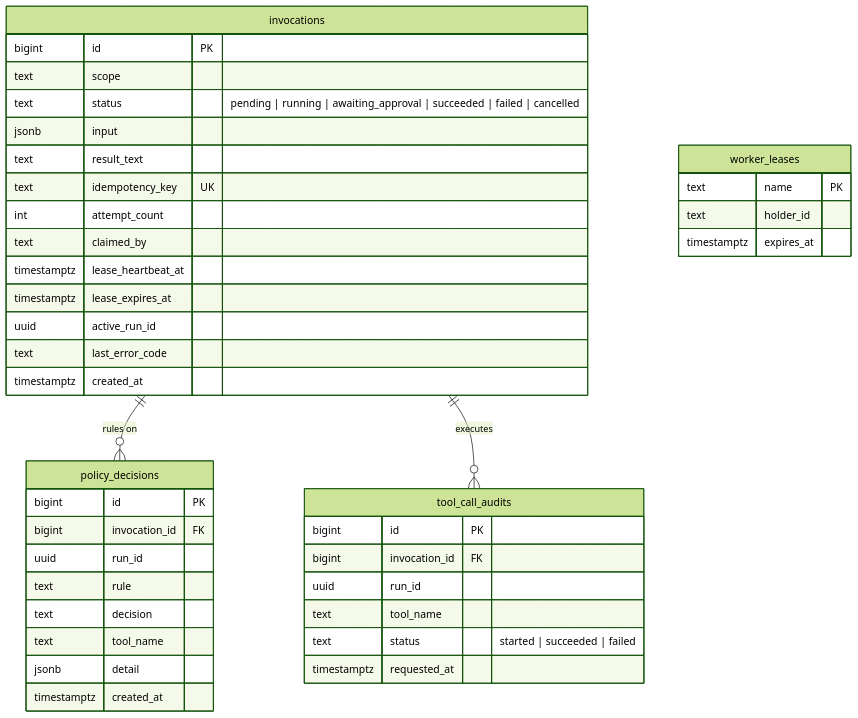
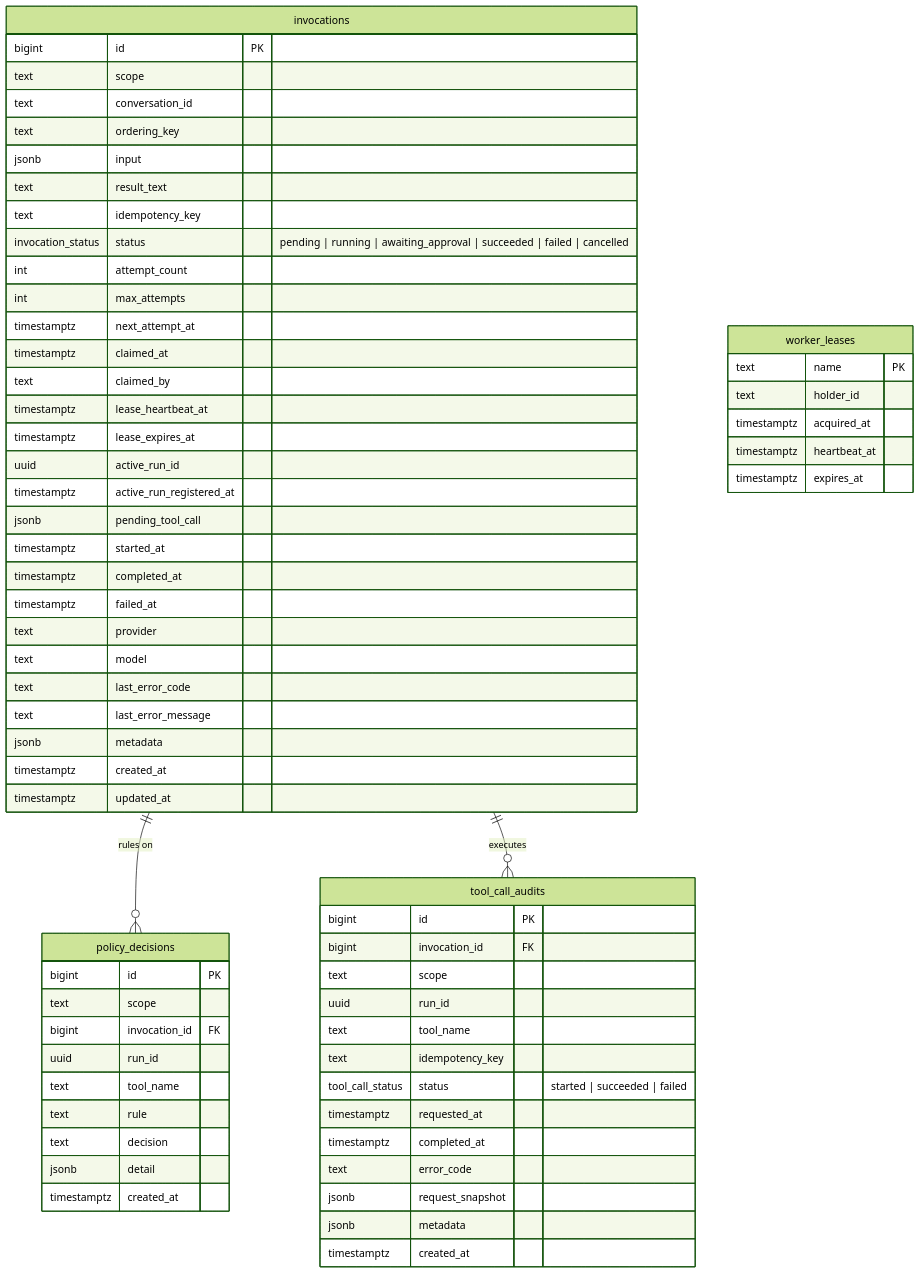
One commit to happyeric77/runwarden changed the diagram in README.md. Above: the diagram before and after it, drawn with Mermaid (forest theme).

Commit message:
docs: draw all schema columns in ER diagram

````diff
--- a/README.md
+++ b/README.md
@@ -105,44 +105,69 @@
 ```mermaid
 erDiagram
     invocations ||--o{ policy_decisions : "rules on"
     invocations ||--o{ tool_call_audits : "executes"
 
     invocations {
         bigint id PK
         text scope
-        text status "pending | running | awaiting_approval | succeeded | failed | cancelled"
+        text conversation_id
+        text ordering_key
         jsonb input
         text result_text
-        text idempotency_key UK
+        text idempotency_key
+        invocation_status status "pending | running | awaiting_approval | succeeded | failed | cancelled"
         int attempt_count
+        int max_attempts
+        timestamptz next_attempt_at
+        timestamptz claimed_at
         text claimed_by
         timestamptz lease_heartbeat_at
         timestamptz lease_expires_at
         uuid active_run_id
+        timestamptz active_run_registered_at
+        jsonb pending_tool_call
+        timestamptz started_at
+        timestamptz completed_at
+        timestamptz failed_at
+        text provider
+        text model
         text last_error_code
+        text last_error_message
+        jsonb metadata
+        timestamptz created_at
+        timestamptz updated_at
+    }
+    tool_call_audits {
+        bigint id PK
+        bigint invocation_id FK
+        text scope
+        uuid run_id
+        text tool_name
+        text idempotency_key
+        tool_call_status status "started | succeeded | failed"
+        timestamptz requested_at
+        timestamptz completed_at
+        text error_code
+        jsonb request_snapshot
+        jsonb metadata
         timestamptz created_at
     }
     policy_decisions {
         bigint id PK
-        bigint invocation_id FK
-        uuid run_id
-        text rule
-        text decision
-        text tool_name
-        jsonb detail
-        timestamptz created_at
-    }
-    tool_call_audits {
-        bigint id PK
+        text scope
         bigint invocation_id FK
         uuid run_id
         text tool_name
-        text status "started | succeeded | failed"
-        timestamptz requested_at
+        text rule
+        text decision
+        jsonb detail
+        timestamptz created_at
     }
     worker_leases {
         text name PK
         text holder_id
+        timestamptz acquired_at
+        timestamptz heartbeat_at
         timestamptz expires_at
     }
 ```
````
